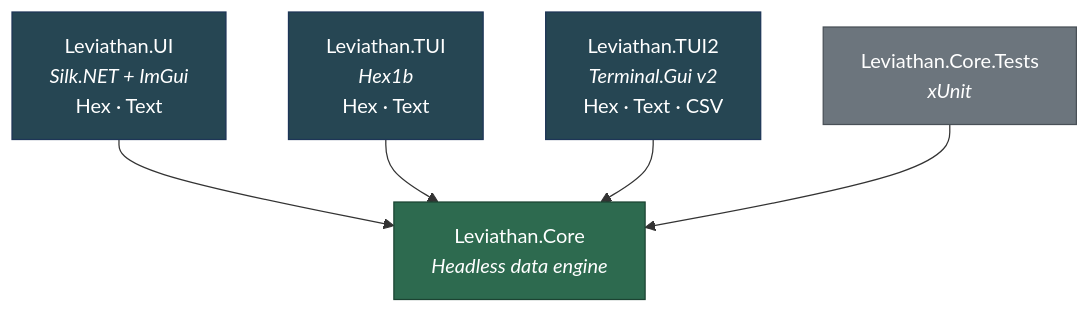
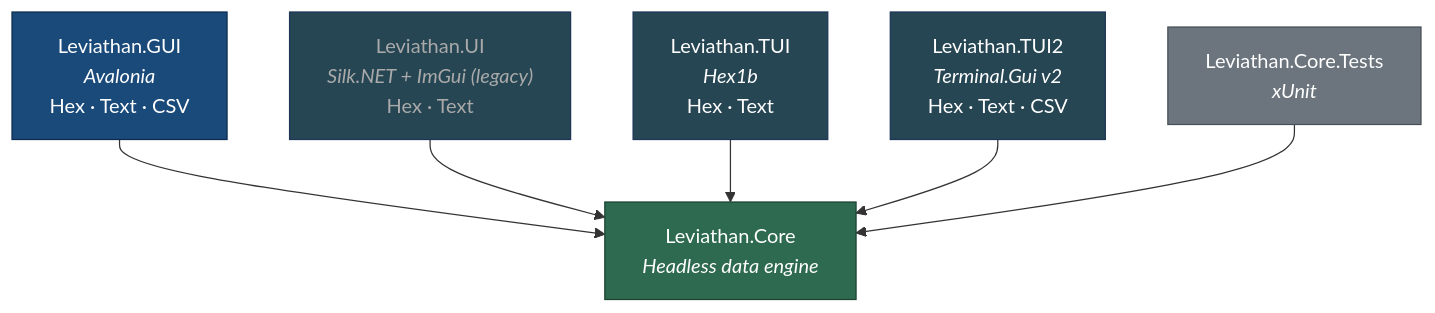
The first of 6 diagrams in docs/architecture.md (lstefano71/Leviathan), drawn with Mermaid before and after one commit. The commit also changed other lines of this file and 4 other files, not shown here.

First line of the commit message:
docs: promote GUI to primary; update all docs for Avalonia front-end

````diff
--- a/docs/architecture.md
+++ b/docs/architecture.md
@@ -39,21 +49,24 @@
 ```mermaid
 graph TD
     Core["Leviathan.Core<br/><i>Headless data engine</i>"]
 
-    UI["Leviathan.UI<br/><i>Silk.NET + ImGui</i><br/>Hex · Text"]
+    GUI["Leviathan.GUI<br/><i>Avalonia</i><br/>Hex · Text · CSV"]
+    UI["Leviathan.UI<br/><i>Silk.NET + ImGui (legacy)</i><br/>Hex · Text"]
     TUI["Leviathan.TUI<br/><i>Hex1b</i><br/>Hex · Text"]
     TUI2["Leviathan.TUI2<br/><i>Terminal.Gui v2</i><br/>Hex · Text · CSV"]
 
+    GUI --> Core
     UI --> Core
     TUI --> Core
     TUI2 --> Core
 
     Tests["Leviathan.Core.Tests<br/><i>xUnit</i>"]
     Tests --> Core
 
     style Core fill:#2d6a4f,stroke:#1b4332,color:#fff
-    style UI fill:#264653,stroke:#1d3557,color:#fff
+    style GUI fill:#1a4a7a,stroke:#0d2d4f,color:#fff
+    style UI fill:#264653,stroke:#1d3557,color:#aaa
     style TUI fill:#264653,stroke:#1d3557,color:#fff
     style TUI2 fill:#264653,stroke:#1d3557,color:#fff
     style Tests fill:#6c757d,stroke:#495057,color:#fff
 ```
````
